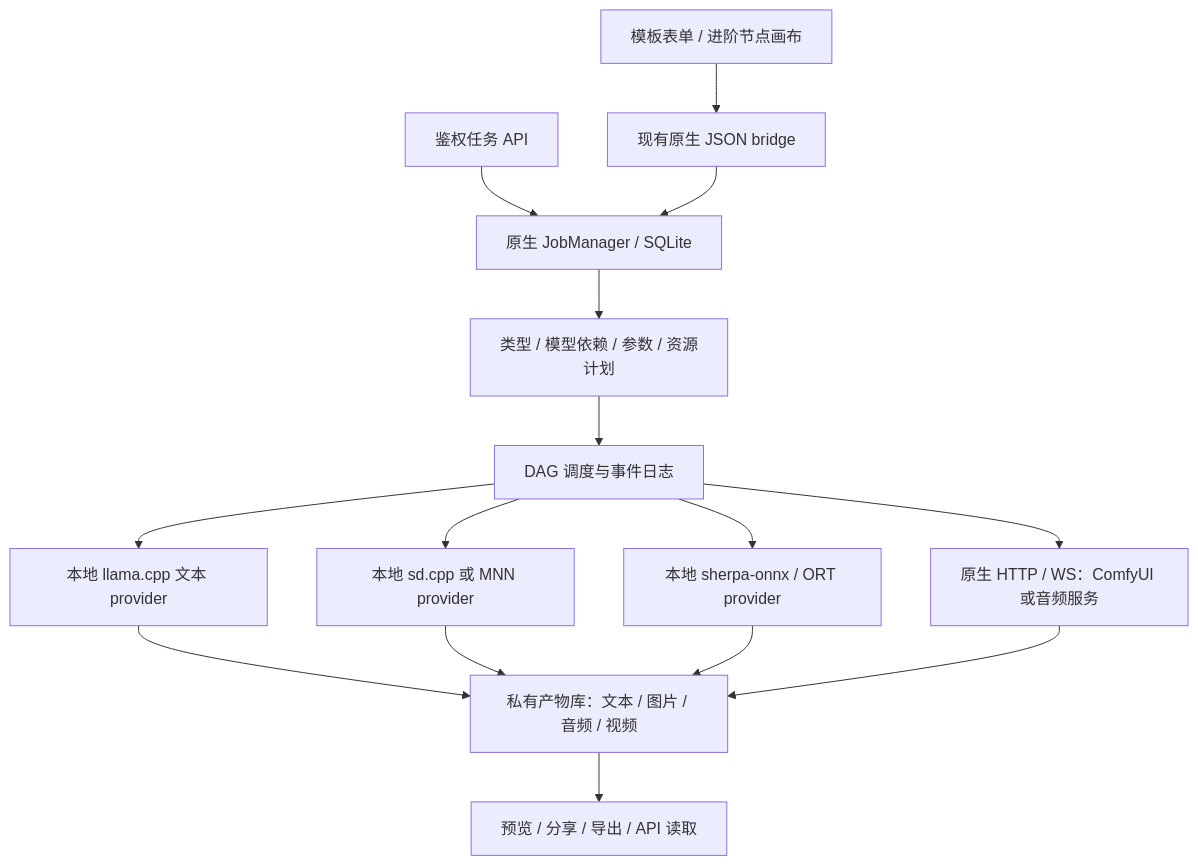
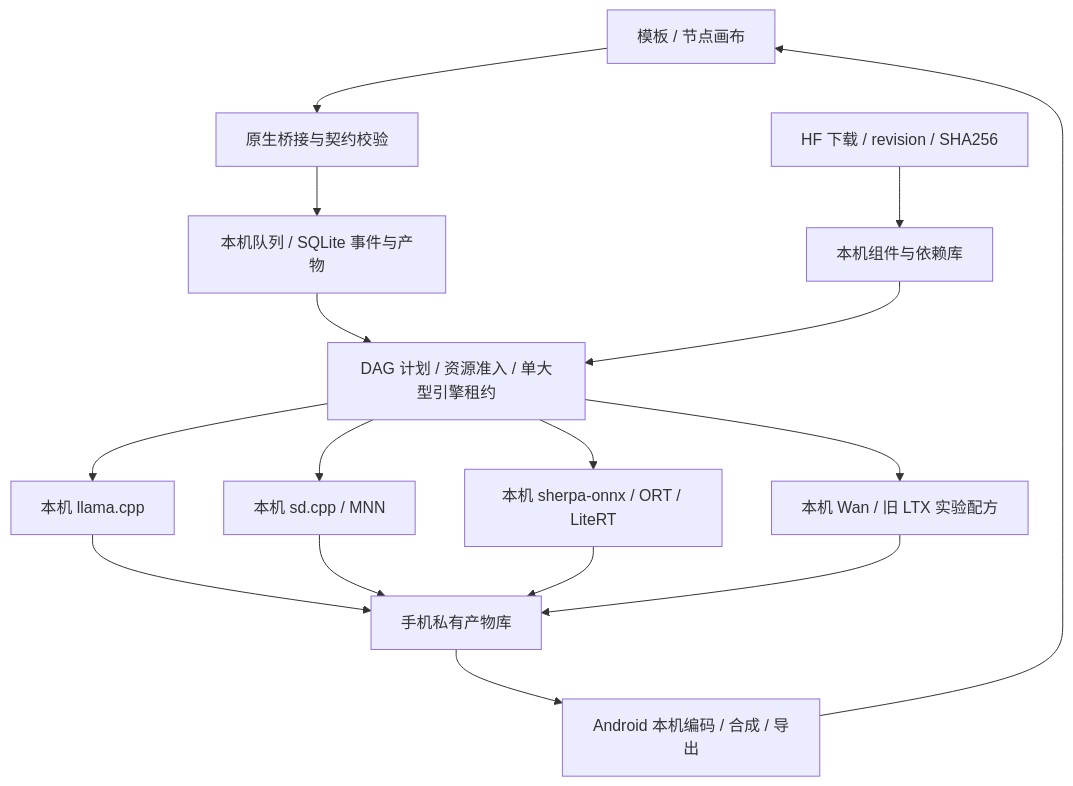
Before and after one commit to wikigsroom/LMA: the diagram in docs/WORKFLOWS.md, drawn with Mermaid. The commit also changed other lines of this file and 16 other files, not shown here.

````diff
--- a/docs/WORKFLOWS.md
+++ b/docs/WORKFLOWS.md
@@ -13,17 +13,18 @@
 ```mermaid
 flowchart TD
-    UI[模板表单 / 进阶节点画布] --> BR[现有原生 JSON bridge]
-    API[鉴权任务 API] --> JOBS[原生 JobManager / SQLite]
-    BR --> JOBS
-    JOBS --> CHECK[类型 / 模型依赖 / 参数 / 资源计划]
-    CHECK --> DAG[DAG 调度与事件日志]
-    DAG --> TEXT[本地 llama.cpp 文本 provider]
-    DAG --> IMG[本地 sd.cpp 或 MNN provider]
-    DAG --> TTS[本地 sherpa-onnx / ORT provider]
-    DAG --> REMOTE[原生 HTTP / WS：ComfyUI 或音频服务]
-    TEXT --> ART[私有产物库：文本 / 图片 / 音频 / 视频]
-    IMG --> ART
-    TTS --> ART
-    REMOTE --> ART
-    ART --> VIEW[预览 / 分享 / 导出 / API 读取]
+    UI[模板 / 节点画布] --> BRIDGE[原生桥接与契约校验]
+    BRIDGE --> JOBS[本机队列 / SQLite 事件与产物]
+    JOBS --> PLAN[DAG 计划 / 资源准入 / 单大型引擎租约]
+    PLAN --> TEXT[本机 llama.cpp]
+    PLAN --> IMAGE[本机 sd.cpp / MNN]
+    PLAN --> AUDIO[本机 sherpa-onnx / ORT / LiteRT]
+    PLAN --> VIDEO[本机 Wan / 旧 LTX 实验配方]
+    TEXT --> STORE[手机私有产物库]
+    IMAGE --> STORE
+    AUDIO --> STORE
+    VIDEO --> STORE
+    STORE --> MEDIA[Android 本机编码 / 合成 / 导出]
+    MEDIA --> UI
+    DOWNLOAD[HF 下载 / revision / SHA256] --> BUNDLES[本机组件与依赖库]
+    BUNDLES --> PLAN
 ```
````
